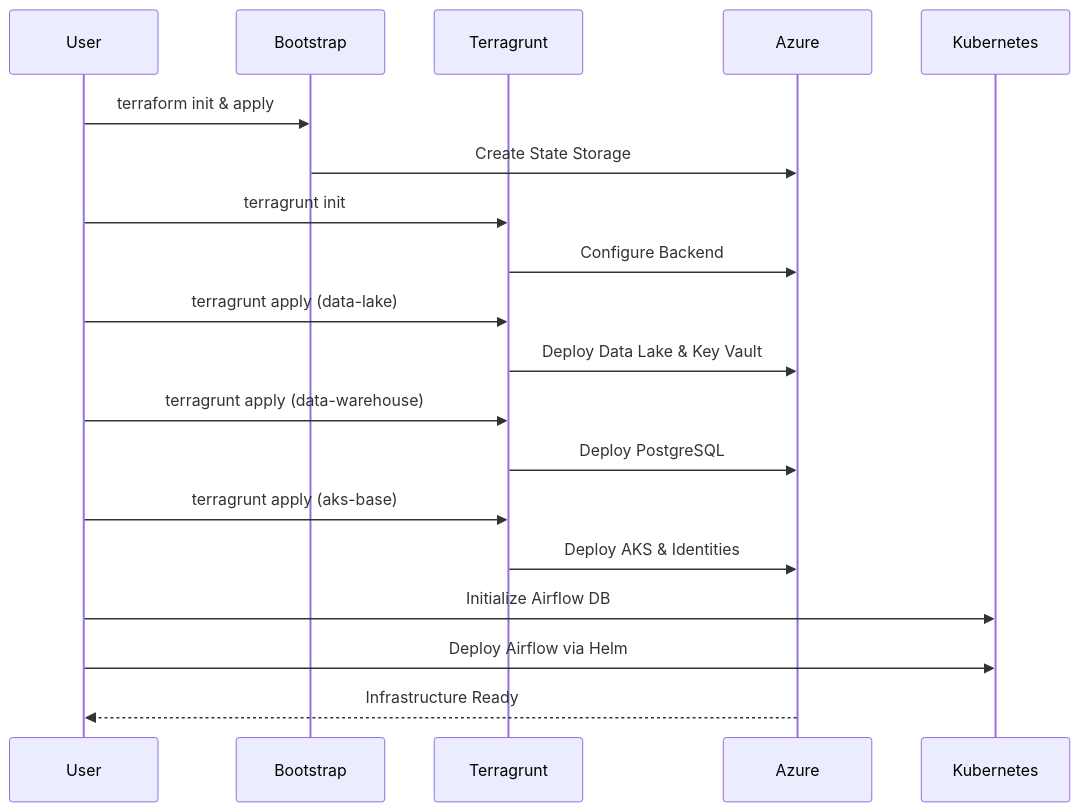
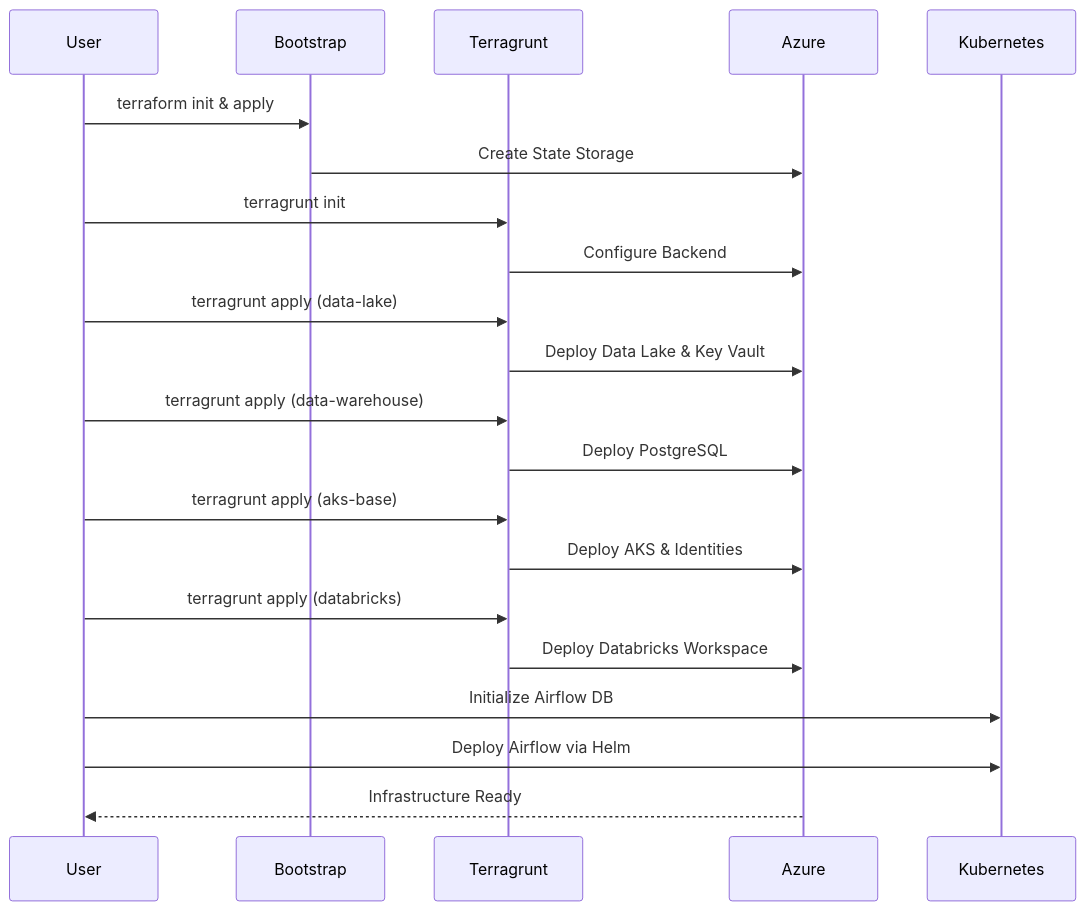
One commit to waddafunk/the-air-quality-project-infrastructure-as-code changed the third of 3 diagrams in README.md. Above: the diagram before and after it, drawn with Mermaid. The commit also changed other lines of this file, not shown here.

````diff
--- a/README.md
+++ b/README.md
@@ -101,22 +122,24 @@
 ```mermaid
 sequenceDiagram
     participant U as User
     participant B as Bootstrap
     participant T as Terragrunt
     participant Az as Azure
     participant K as Kubernetes
 
     U->>B: terraform init & apply
     B->>Az: Create State Storage
     U->>T: terragrunt init
     T->>Az: Configure Backend
     U->>T: terragrunt apply (data-lake)
     T->>Az: Deploy Data Lake & Key Vault
     U->>T: terragrunt apply (data-warehouse)
     T->>Az: Deploy PostgreSQL
     U->>T: terragrunt apply (aks-base)
     T->>Az: Deploy AKS & Identities
+    U->>T: terragrunt apply (databricks)
+    T->>Az: Deploy Databricks Workspace
     U->>K: Initialize Airflow DB
     U->>K: Deploy Airflow via Helm
     Az-->>U: Infrastructure Ready
 ```
````
